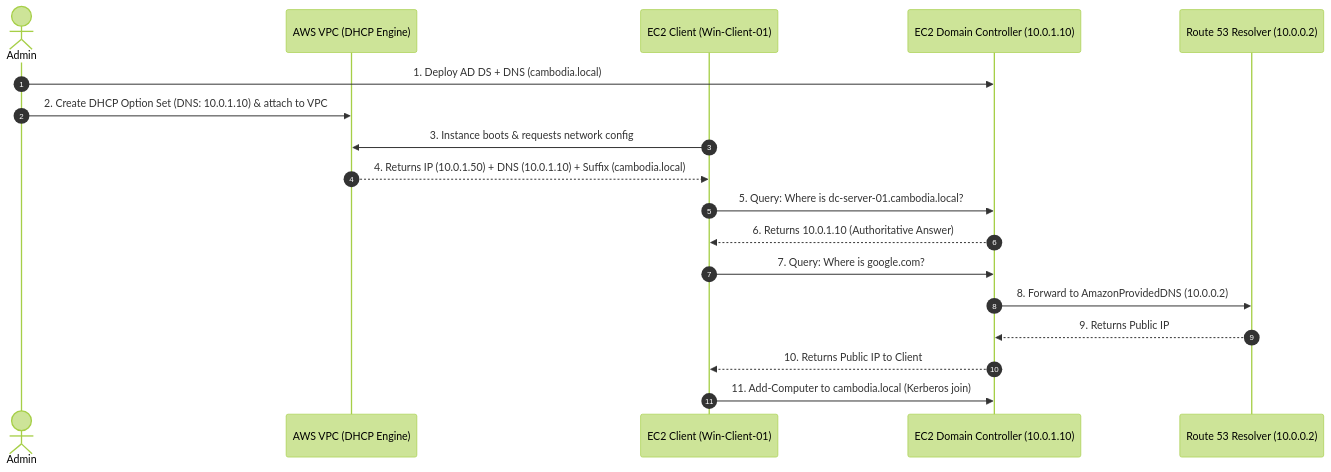
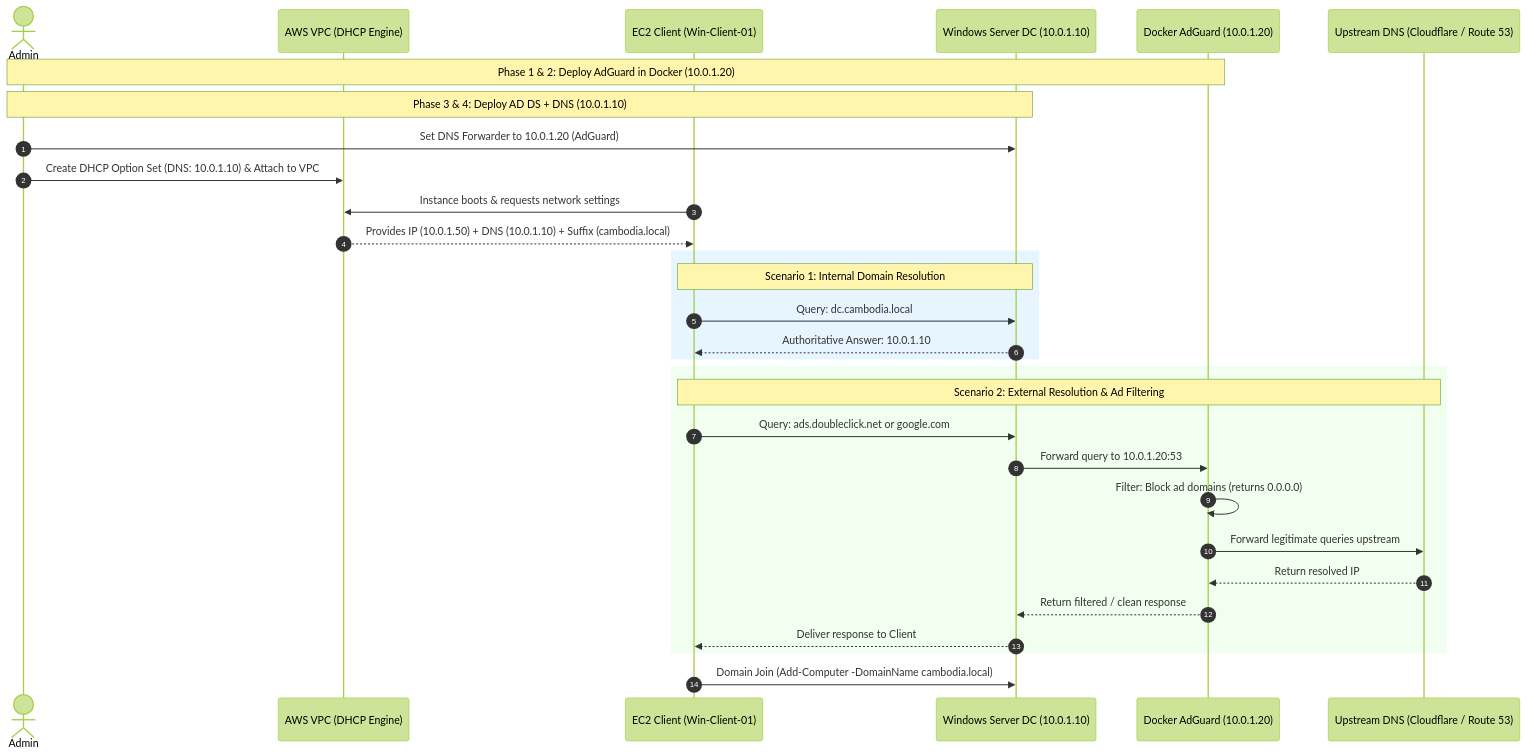
The diagram in aws-dns-architecture-implemtation.md (seang454/window-server-deploymennt), drawn with Mermaid (forest theme) before and after one commit. The commit also changed other lines of this file and 1 other file, not shown here.

````diff
--- a/aws-dns-architecture-implemtation.md
+++ b/aws-dns-architecture-implemtation.md
@@ -9,21 +15,37 @@
 ```mermaid
 sequenceDiagram
     autonumber
     actor Admin
     participant AWS as AWS VPC (DHCP Engine)
     participant Client as EC2 Client (Win-Client-01)
-    participant DC as EC2 Domain Controller (10.0.1.10)
-    participant R53 as Route 53 Resolver (10.0.0.2)
+    participant DC as Windows Server DC (10.0.1.10)
+    participant AG as Docker AdGuard (10.0.1.20)
+    participant Internet as Upstream DNS (Cloudflare / Route 53)
 
-    Admin->>DC: 1. Deploy AD DS + DNS (cambodia.local)
-    Admin->>AWS: 2. Create DHCP Option Set (DNS: 10.0.1.10) & attach to VPC
-    Client->>AWS: 3. Instance boots & requests network config
-    AWS-->>Client: 4. Returns IP (10.0.1.50) + DNS (10.0.1.10) + Suffix (cambodia.local)
-    Client->>DC: 5. Query: Where is dc-server-01.cambodia.local?
-    DC-->>Client: 6. Returns 10.0.1.10 (Authoritative Answer)
-    Client->>DC: 7. Query: Where is google.com?
-    DC->>R53: 8. Forward to AmazonProvidedDNS (10.0.0.2)
-    R53-->>DC: 9. Returns Public IP
-    DC-->>Client: 10. Returns Public IP to Client
-    Client->>DC: 11. Add-Computer to cambodia.local (Kerberos join)
+    Note over Admin,AG: Phase 1 & 2: Deploy AdGuard in Docker (10.0.1.20)
+    Note over Admin,DC: Phase 3 & 4: Deploy AD DS + DNS (10.0.1.10)
+    Admin->>DC: Set DNS Forwarder to 10.0.1.20 (AdGuard)
+    Admin->>AWS: Create DHCP Option Set (DNS: 10.0.1.10) & Attach to VPC
+
+    Client->>AWS: Instance boots & requests network settings
+    AWS-->>Client: Provides IP (10.0.1.50) + DNS (10.0.1.10) + Suffix (cambodia.local)
+    
+    rect rgb(230, 245, 255)
+        Note over Client,DC: Scenario 1: Internal Domain Resolution
+        Client->>DC: Query: dc.cambodia.local
+        DC-->>Client: Authoritative Answer: 10.0.1.10
+    end
+
+    rect rgb(240, 255, 240)
+        Note over Client,Internet: Scenario 2: External Resolution & Ad Filtering
+        Client->>DC: Query: ads.doubleclick.net or google.com
+        DC->>AG: Forward query to 10.0.1.20:53
+        AG->>AG: Filter: Block ad domains (returns 0.0.0.0)
+        AG->>Internet: Forward legitimate queries upstream
+        Internet-->>AG: Return resolved IP
+        AG-->>DC: Return filtered / clean response
+        DC-->>Client: Deliver response to Client
+    end
+
+    Client->>DC: Domain Join (Add-Computer -DomainName cambodia.local)
 ```
````
